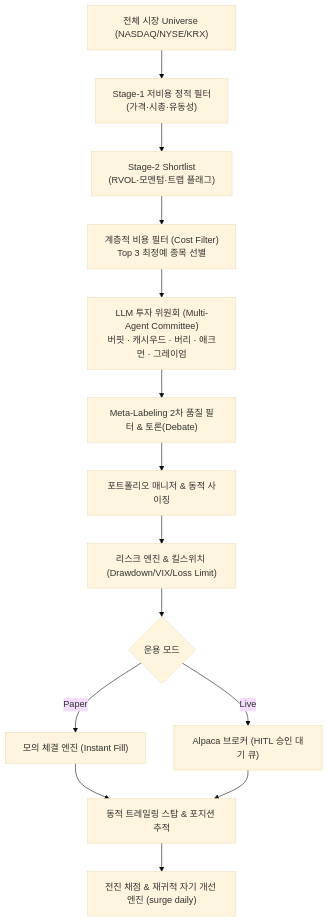
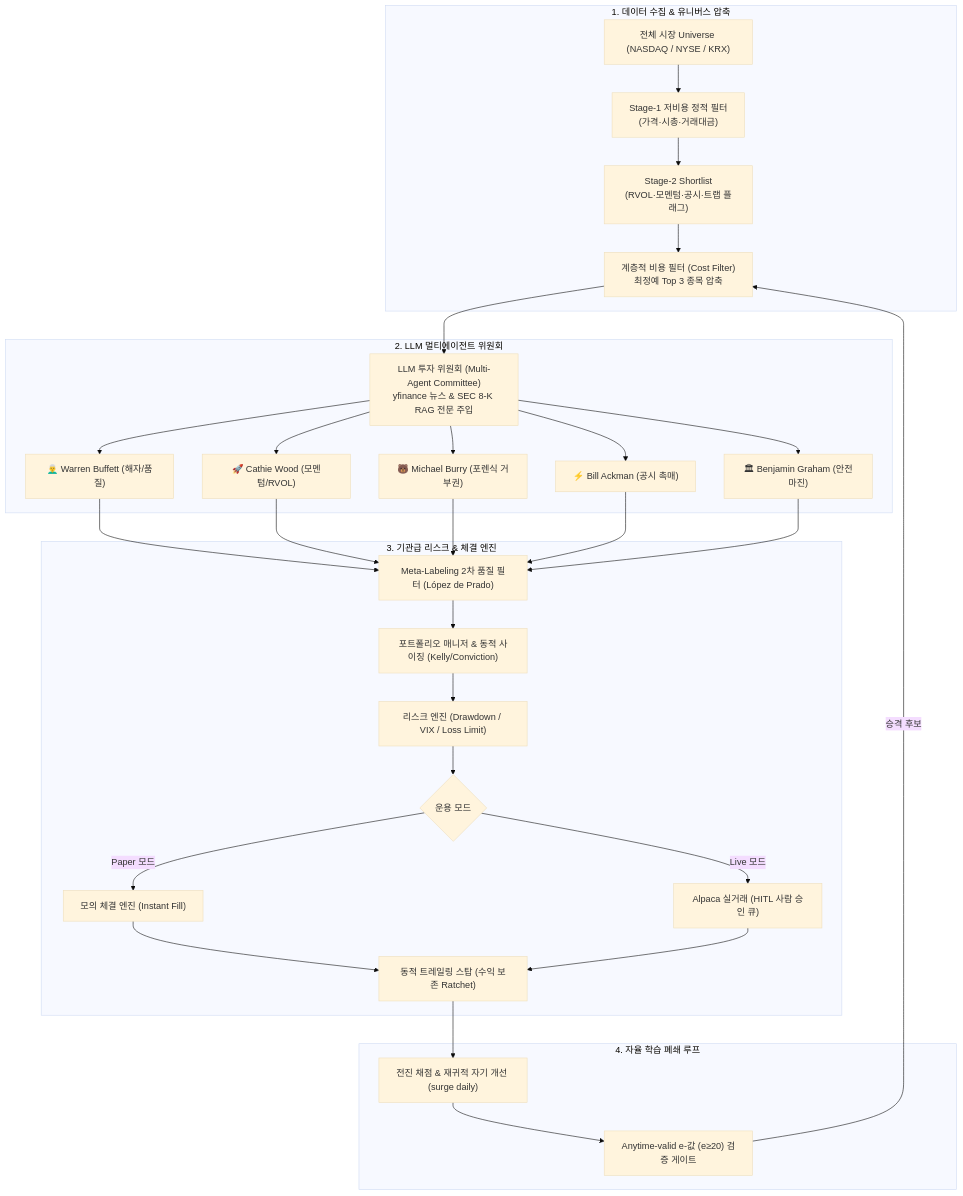
The diagram in README.md (489156/surge_HTS), drawn with Mermaid (base theme) before and after one commit. The commit also changed other lines of this file, not shown here.

````diff
--- a/README.md
+++ b/README.md
@@ -11,15 +22,33 @@
 ```mermaid
 flowchart TD
-    A["전체 시장 Universe (NASDAQ/NYSE/KRX)"] --> B["Stage-1 저비용 정적 필터<br/>(가격·시총·유동성)"]
-    B --> C["Stage-2 Shortlist<br/>(RVOL·모멘텀·트랩 플래그)"]
-    C --> D["계층적 비용 필터 (Cost Filter)<br/>Top 3 최정예 종목 선별"]
-    D --> E["LLM 투자 위원회 (Multi-Agent Committee)<br/>버핏 · 캐시우드 · 버리 · 애크먼 · 그레이엄"]
-    E --> F["Meta-Labeling 2차 품질 필터 & 토론(Debate)"]
-    F --> G["포트폴리오 매니저 & 동적 사이징"]
-    G --> H["리스크 엔진 & 킬스위치 (Drawdown/VIX/Loss Limit)"]
-    H --> I{"운용 모드"}
-    I -->|Paper| J["모의 체결 엔진 (Instant Fill)"]
-    I -->|Live| K["Alpaca 브로커 (HITL 승인 대기 큐)"]
-    J & K --> L["동적 트레일링 스탑 & 포지션 추적"]
-    L --> M["전진 채점 & 재귀적 자기 개선 엔진 (surge daily)"]
+    subgraph S1 ["1. 데이터 수집 & 유니버스 압축"]
+        A["전체 시장 Universe (NASDAQ / NYSE / KRX)"] --> B["Stage-1 저비용 정적 필터<br/>(가격·시총·거래대금)"]
+        B --> C["Stage-2 Shortlist<br/>(RVOL·모멘텀·공시·트랩 플래그)"]
+        C --> D["계층적 비용 필터 (Cost Filter)<br/>최정예 Top 3 종목 압축"]
+    end
+
+    subgraph S2 ["2. LLM 멀티에이전트 위원회"]
+        D --> E["LLM 투자 위원회 (Multi-Agent Committee)<br/>yfinance 뉴스 & SEC 8-K RAG 전문 주입"]
+        E --> E1["👨‍🦳 Warren Buffett (해자/품질)"]
+        E --> E2["🚀 Cathie Wood (모멘텀/RVOL)"]
+        E --> E3["🐻 Michael Burry (포렌식 거부권)"]
+        E --> E4["⚡ Bill Ackman (공시 촉매)"]
+        E --> E5["🏛 Benjamin Graham (안전마진)"]
+    end
+
+    subgraph S3 ["3. 기관급 리스크 & 체결 엔진"]
+        E1 & E2 & E3 & E4 & E5 --> F["Meta-Labeling 2차 품질 필터 (López de Prado)"]
+        F --> G["포트폴리오 매니저 & 동적 사이징 (Kelly/Conviction)"]
+        G --> H["리스크 엔진 (Drawdown / VIX / Loss Limit)"]
+        H --> I{"운용 모드"}
+        I -->|Paper 모드| J["모의 체결 엔진 (Instant Fill)"]
+        I -->|Live 모드| K["Alpaca 실거래 (HITL 사람 승인 큐)"]
+        J & K --> L["동적 트레일링 스탑 (수익 보존 Ratchet)"]
+    end
+
+    subgraph S4 ["4. 자율 학습 폐쇄 루프"]
+        L --> M["전진 채점 & 재귀적 자기 개선 (surge daily)"]
+        M --> N["Anytime-valid e-값 (e≥20) 검증 게이트"]
+        N -->|승격 후보| D
+    end
 ```
````
